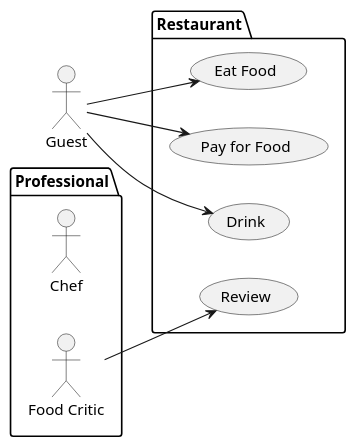
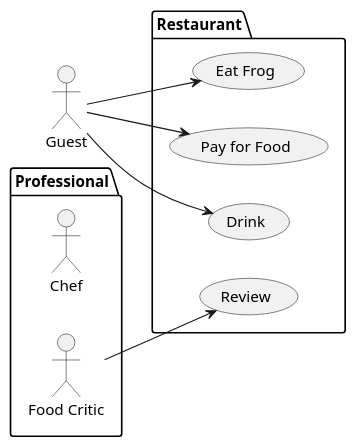
Before and after one commit to Tom0603/SoftwareEngineering_Lecture: the diagram in docs/architecture/use-case-test.puml, drawn with PlantUML.

```diff
--- a/docs/architecture/use-case-test.puml
+++ b/docs/architecture/use-case-test.puml
@@ -1,18 +1,18 @@
 @startuml
 left to right direction
 actor Guest as g
 package Professional {
   actor Chef as c
   actor "Food Critic" as fc
 }
 package Restaurant {
-  usecase "Eat Food" as UC1
+  usecase "Eat Frog" as UC1
   usecase "Pay for Food" as UC2
   usecase "Drink" as UC3
   usecase "Review" as UC4
 }
 fc --> UC4
 g --> UC1
 g --> UC2
 g --> UC3
 @enduml
```
